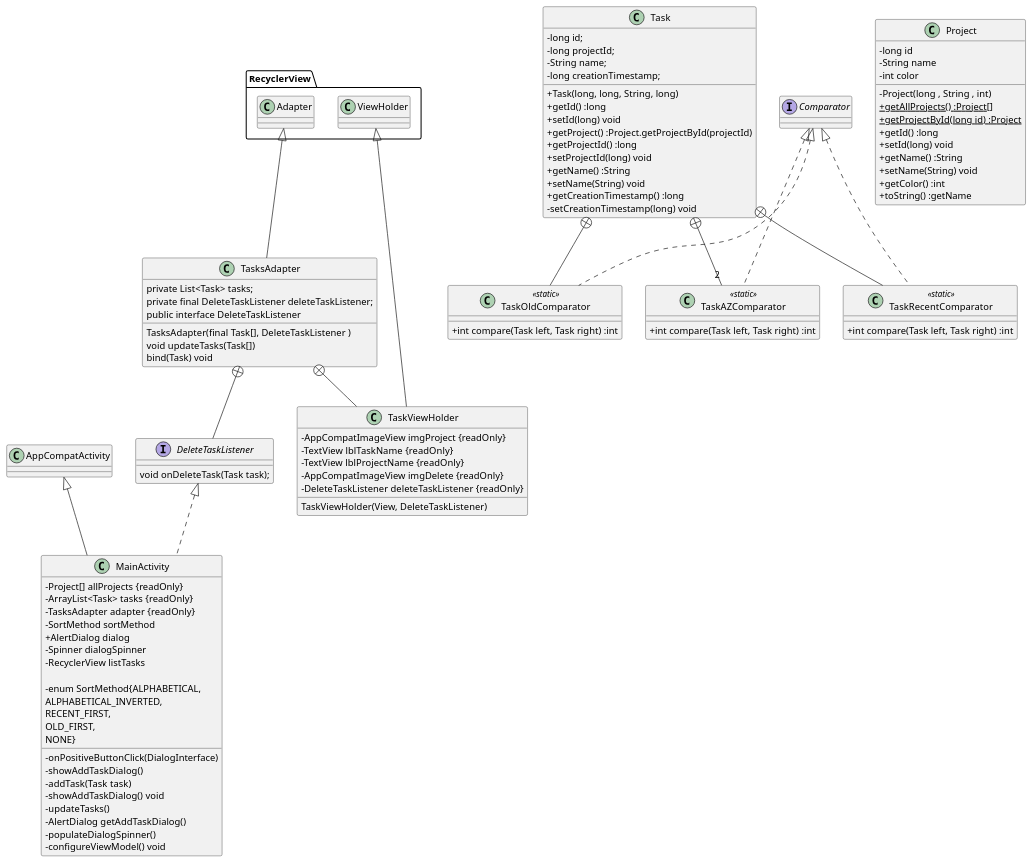
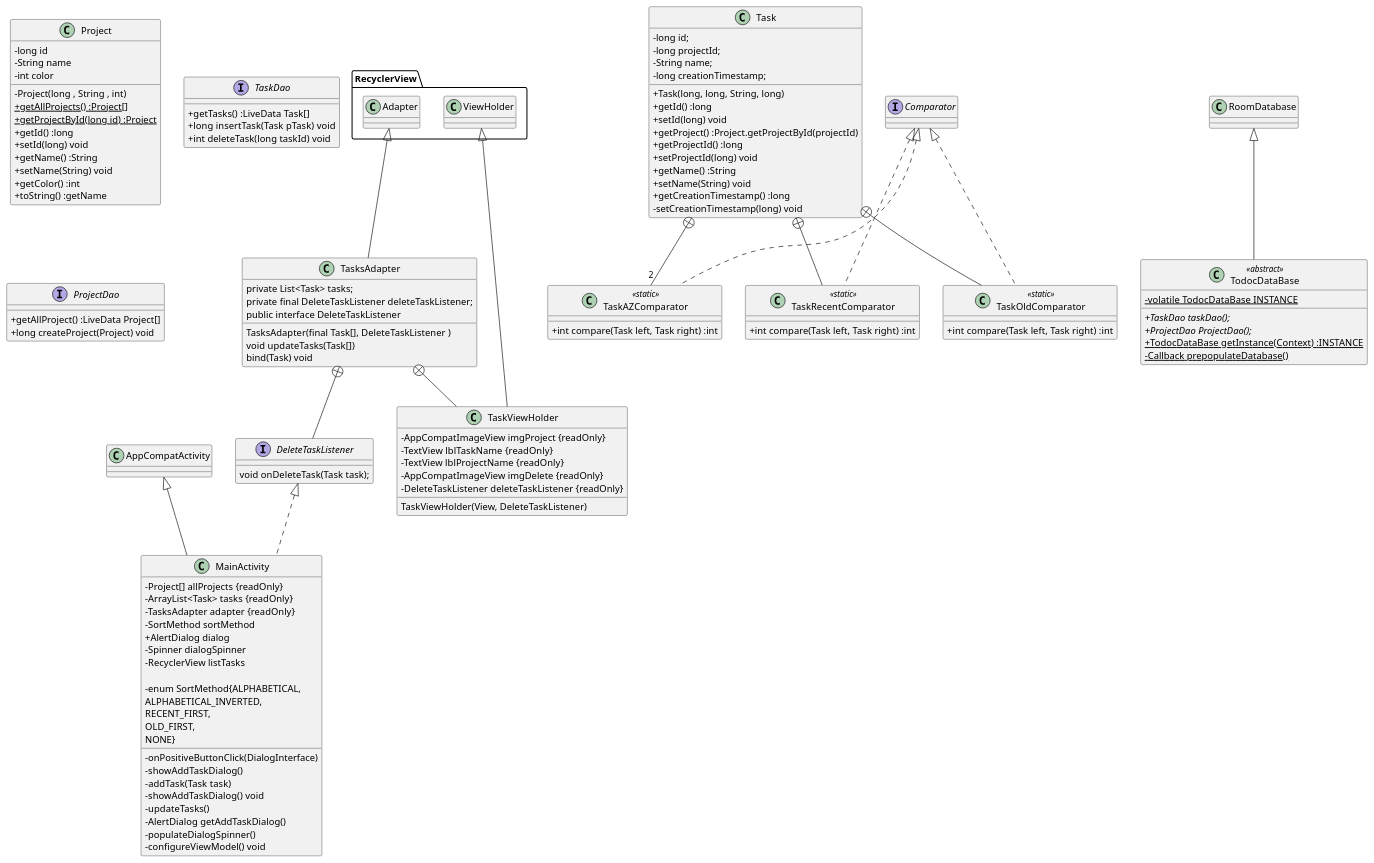
Before and after one commit to rGreenData/todoc-master-: the diagram in Class_diagram.puml, drawn with PlantUML.

Commit message:
resumption of class diagram design

```diff
--- a/Class_diagram.puml
+++ b/Class_diagram.puml
@@ -1,106 +1,125 @@
 @startuml
 skinparam classAttributeIconSize 0
 
 class MainActivity extends AppCompatActivity implements DeleteTaskListener {
 
     - Project[] allProjects {readOnly}
     - ArrayList<Task> tasks {readOnly}
     - TasksAdapter adapter {readOnly}
     - SortMethod sortMethod
     + AlertDialog dialog
     - Spinner dialogSpinner
     - RecyclerView listTasks
 
     - onPositiveButtonClick(DialogInterface)
     - showAddTaskDialog()
     - addTask(Task task)
     - showAddTaskDialog() void
     - updateTasks()
     - AlertDialog getAddTaskDialog()
     - populateDialogSpinner()
     - enum SortMethod{ALPHABETICAL,
                               ALPHABETICAL_INVERTED,
                               RECENT_FIRST,
                               OLD_FIRST,
                               NONE}
     - configureViewModel() void
 }
 
 
 class Task {
     - long id;
     - long projectId;
     - String name;
     - long creationTimestamp;
 
     + Task(long, long, String, long)
     + getId() :long
     + setId(long) void
     + getProject() :Project.getProjectById(projectId)
     + getProjectId() :long
     + setProjectId(long) void
     + getName() :String
     + setName(String) void
     + getCreationTimestamp() :long
     - setCreationTimestamp(long) void
 }
 
  class TaskAZComparator <<static>> implements Comparator {
         + int compare(Task left, Task right) :int
     }
 
 class TaskRecentComparator <<static>> implements Comparator {
         + int compare(Task left, Task right) :int
     }
 
  class TaskOldComparator <<static>> implements Comparator{
         + int compare(Task left, Task right) :int
     }
 
 Task +-- "2" TaskAZComparator
 Task +-- TaskRecentComparator
 Task +-- TaskOldComparator
 
 
 class Project {
     -long id
     -String name
     -int color
 
     -Project(long , String , int)
     +{static} getAllProjects() :Project[]
     +{static} getProjectById(long id) :Project
     +getId() :long
     +setId(long) void
     +getName() :String
     +setName(String) void
     +getColor() :int
     +toString() :getName
     }
 
 class TasksAdapter extends RecyclerView.Adapter{
     private List<Task> tasks;
     private final DeleteTaskListener deleteTaskListener;
     TasksAdapter(final Task[], DeleteTaskListener )
     void updateTasks(Task[])
     public interface DeleteTaskListener
     bind(Task) void
 }
 
 class TaskViewHolder extends RecyclerView.ViewHolder {
         - AppCompatImageView imgProject {readOnly}
         - TextView lblTaskName {readOnly}
         - TextView lblProjectName {readOnly}
         - AppCompatImageView imgDelete {readOnly}
         - DeleteTaskListener deleteTaskListener {readOnly}
           TaskViewHolder(View, DeleteTaskListener)
     }
 
 interface DeleteTaskListener {
             void onDeleteTask(Task task);
-        }
+}
 
 
+interface TaskDao{
++getTasks() :LiveData Task[]
++long insertTask(Task pTask) void
++int deleteTask(long taskId) void
+}
+
+
+interface ProjectDao {
++getAllProject() :LiveData Project[]
++long createProject(Project) void
+}
+
+class TodocDataBase <<abstract>>  extends RoomDatabase {
+-{static} volatile TodocDataBase INSTANCE
++{abstract} TaskDao taskDao();
++{abstract} ProjectDao ProjectDao();
++{static} TodocDataBase getInstance(Context) :INSTANCE
+-{static} Callback prepopulateDatabase()
+}
 TasksAdapter +-- DeleteTaskListener
 TasksAdapter +-- TaskViewHolder
 @enduml
```
